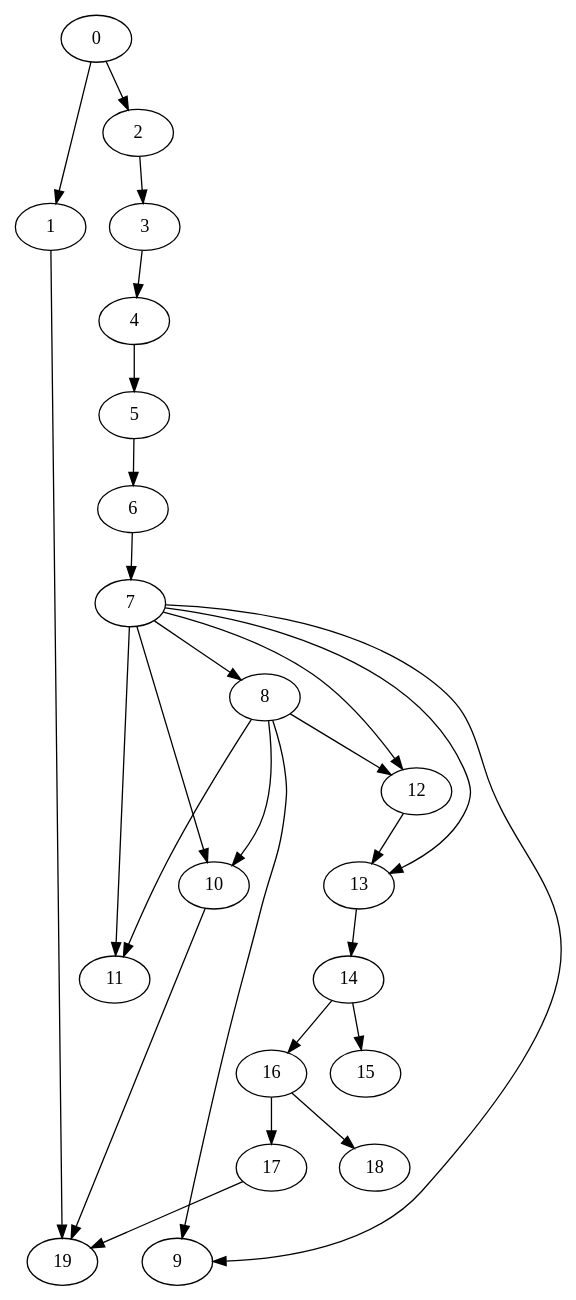
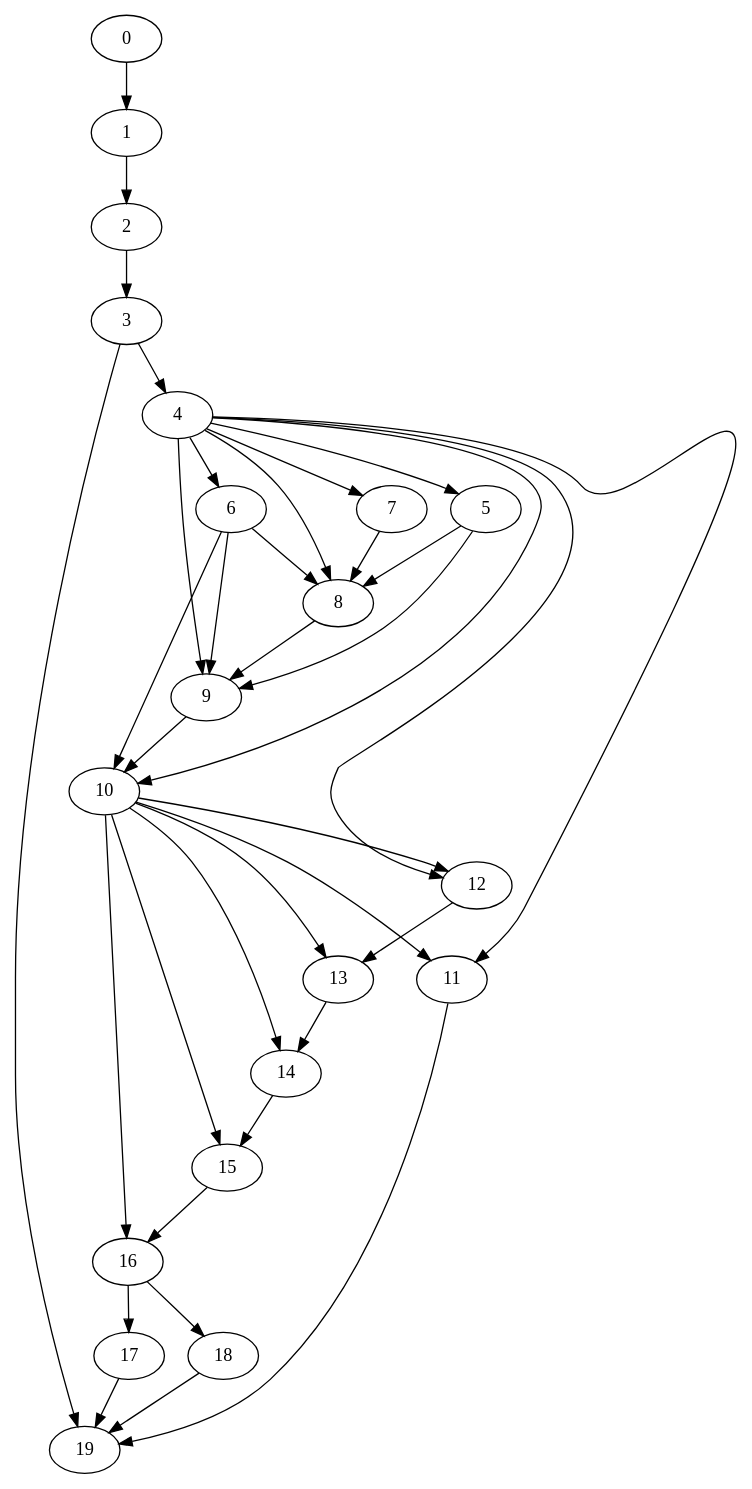
Before and after one commit to hfscheid/ktopology: the diagram in simulator/nwsim/draw.dot, drawn with Graphviz. The commit also changed 24 other files, not shown here.

```diff
--- a/simulator/nwsim/draw.dot
+++ b/simulator/nwsim/draw.dot
@@ -1,96 +1,116 @@
 strict digraph {
 
+
+	"7" [  weight=0 ];
+
+	"7" -> "8" [  weight=0 ];
+
+	"8" [  weight=0 ];
+
+	"8" -> "9" [  weight=0 ];
+
+	"15" [  weight=0 ];
+
+	"15" -> "16" [  weight=0 ];
+
+	"1" [  weight=0 ];
+
+	"1" -> "2" [  weight=0 ];
+
+	"11" [  weight=0 ];
+
+	"11" -> "19" [  weight=0 ];
+
+	"18" [  weight=0 ];
+
+	"18" -> "19" [  weight=0 ];
+
+	"2" [  weight=0 ];
+
+	"2" -> "3" [  weight=0 ];
+
+	"6" [  weight=0 ];
+
+	"6" -> "10" [  weight=0 ];
+
+	"6" -> "8" [  weight=0 ];
+
+	"6" -> "9" [  weight=0 ];
+
+	"14" [  weight=0 ];
+
+	"14" -> "15" [  weight=0 ];
+
+	"0" [  weight=0 ];
+
+	"0" -> "1" [  weight=0 ];
+
+	"4" [  weight=0 ];
+
+	"4" -> "10" [  weight=0 ];
+
+	"4" -> "11" [  weight=0 ];
+
+	"4" -> "12" [  weight=0 ];
+
+	"4" -> "5" [  weight=0 ];
+
+	"4" -> "6" [  weight=0 ];
+
+	"4" -> "7" [  weight=0 ];
+
+	"4" -> "8" [  weight=0 ];
+
+	"4" -> "9" [  weight=0 ];
+
+	"5" [  weight=0 ];
+
+	"5" -> "8" [  weight=0 ];
+
+	"5" -> "9" [  weight=0 ];
+
+	"19" [  weight=0 ];
+
+	"3" [  weight=0 ];
+
+	"3" -> "4" [  weight=0 ];
+
+	"3" -> "19" [  weight=0 ];
 
 	"16" [  weight=0 ];
 
 	"16" -> "18" [  weight=0 ];
 
 	"16" -> "17" [  weight=0 ];
 
-	"8" [  weight=0 ];
+	"12" [  weight=0 ];
 
-	"8" -> "10" [  weight=0 ];
+	"12" -> "13" [  weight=0 ];
 
-	"8" -> "11" [  weight=0 ];
+	"13" [  weight=0 ];
 
-	"8" -> "12" [  weight=0 ];
-
-	"8" -> "9" [  weight=0 ];
-
-	"18" [  weight=0 ];
-
-	"14" [  weight=0 ];
-
-	"14" -> "15" [  weight=0 ];
-
-	"14" -> "16" [  weight=0 ];
-
-	"7" [  weight=0 ];
-
-	"7" -> "13" [  weight=0 ];
-
-	"7" -> "8" [  weight=0 ];
-
-	"7" -> "9" [  weight=0 ];
-
-	"7" -> "10" [  weight=0 ];
-
-	"7" -> "11" [  weight=0 ];
-
-	"7" -> "12" [  weight=0 ];
+	"13" -> "14" [  weight=0 ];
 
 	"9" [  weight=0 ];
 
-	"1" [  weight=0 ];
+	"9" -> "10" [  weight=0 ];
 
-	"1" -> "19" [  weight=0 ];
+	"10" [  weight=0 ];
+
+	"10" -> "12" [  weight=0 ];
+
+	"10" -> "13" [  weight=0 ];
+
+	"10" -> "14" [  weight=0 ];
+
+	"10" -> "15" [  weight=0 ];
+
+	"10" -> "16" [  weight=0 ];
+
+	"10" -> "11" [  weight=0 ];
 
 	"17" [  weight=0 ];
 
 	"17" -> "19" [  weight=0 ];
 
-	"11" [  weight=0 ];
-
-	"4" [  weight=0 ];
-
-	"4" -> "5" [  weight=0 ];
-
-	"6" [  weight=0 ];
-
-	"6" -> "7" [  weight=0 ];
-
-	"10" [  weight=0 ];
-
-	"10" -> "19" [  weight=0 ];
-
-	"13" [  weight=0 ];
-
-	"13" -> "14" [  weight=0 ];
-
-	"3" [  weight=0 ];
-
-	"3" -> "4" [  weight=0 ];
-
-	"5" [  weight=0 ];
-
-	"5" -> "6" [  weight=0 ];
-
-	"15" [  weight=0 ];
-
-	"12" [  weight=0 ];
-
-	"12" -> "13" [  weight=0 ];
-
-	"2" [  weight=0 ];
-
-	"2" -> "3" [  weight=0 ];
-
-	"19" [  weight=0 ];
-
-	"0" [  weight=0 ];
-
-	"0" -> "1" [  weight=0 ];
-
-	"0" -> "2" [  weight=0 ];
-
 }
```
